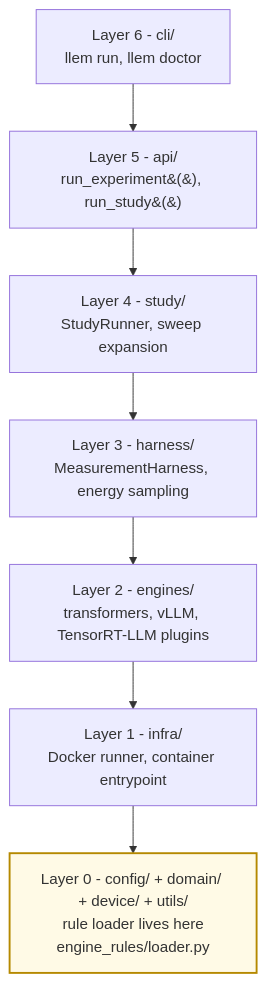
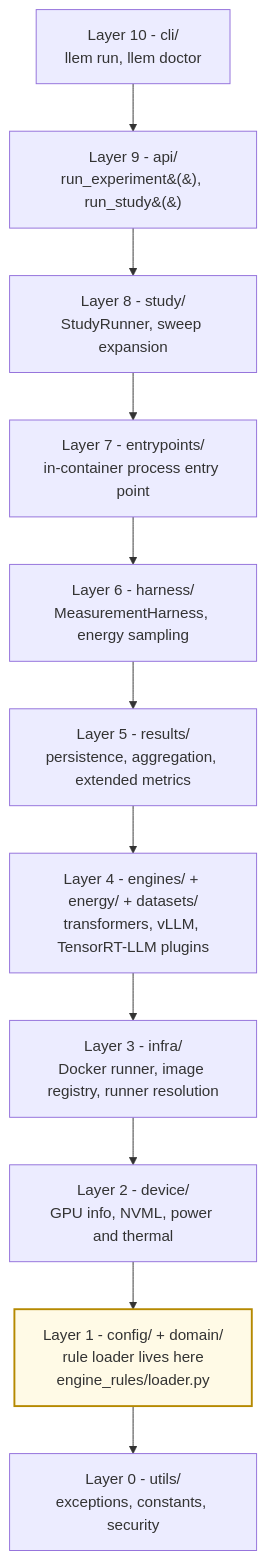
One commit to henrycgbaker/LLenergyMeasure changed the second of 2 diagrams in docs/explanation/architecture/architecture-overview.md. Above: the diagram before and after it, drawn with Mermaid. The commit also changed other lines of this file and 4 other files, not shown here.

````diff
--- a/docs/explanation/architecture/architecture-overview.md
+++ b/docs/explanation/architecture/architecture-overview.md
@@ -90,15 +92,19 @@
 ```mermaid
 flowchart TD
-    L6["Layer 6 - cli/<br/>llem run, llem doctor"]
-    L5["Layer 5 - api/<br/>run_experiment&#40;&#41;, run_study&#40;&#41;"]
-    L4["Layer 4 - study/<br/>StudyRunner, sweep expansion"]
-    L3["Layer 3 - harness/<br/>MeasurementHarness, energy sampling"]
-    L2["Layer 2 - engines/<br/>transformers, vLLM, TensorRT-LLM plugins"]
-    L1["Layer 1 - infra/<br/>Docker runner, container entrypoint"]
-    L0["Layer 0 - config/ + domain/ + device/ + utils/<br/>rule loader lives here<br/>engine_rules/loader.py"]
+    L10["Layer 10 - cli/<br/>llem run, llem doctor"]
+    L9["Layer 9 - api/<br/>run_experiment&#40;&#41;, run_study&#40;&#41;"]
+    L8["Layer 8 - study/<br/>StudyRunner, sweep expansion"]
+    L7["Layer 7 - entrypoints/<br/>in-container process entry point"]
+    L6["Layer 6 - harness/<br/>MeasurementHarness, energy sampling"]
+    L5["Layer 5 - results/<br/>persistence, aggregation, extended metrics"]
+    L4["Layer 4 - engines/ + energy/ + datasets/<br/>transformers, vLLM, TensorRT-LLM plugins"]
+    L3["Layer 3 - infra/<br/>Docker runner, image registry, runner resolution"]
+    L2["Layer 2 - device/<br/>GPU info, NVML, power and thermal"]
+    L1["Layer 1 - config/ + domain/<br/>rule loader lives here<br/>engine_rules/loader.py"]
+    L0["Layer 0 - utils/<br/>exceptions, constants, security"]
 
-    L6 --> L5 --> L4 --> L3 --> L2 --> L1 --> L0
+    L10 --> L9 --> L8 --> L7 --> L6 --> L5 --> L4 --> L3 --> L2 --> L1 --> L0
 
     classDef target fill:#fffae6,stroke:#b58900,stroke-width:2px;
-    class L0 target;
+    class L1 target;
 ```
````
